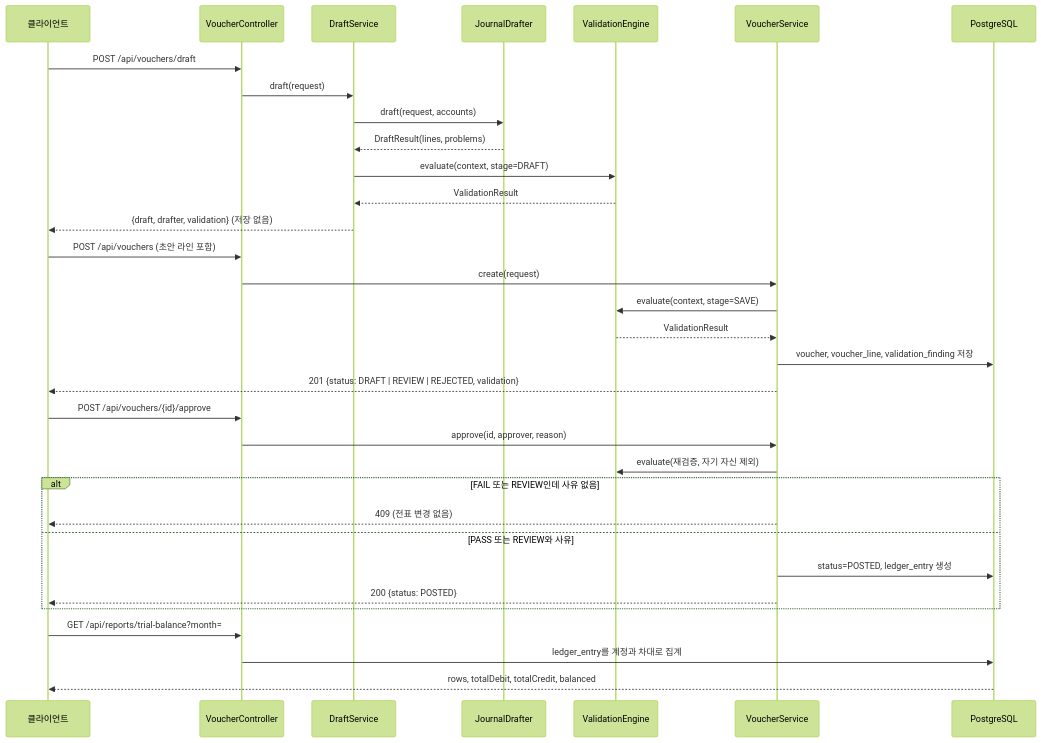
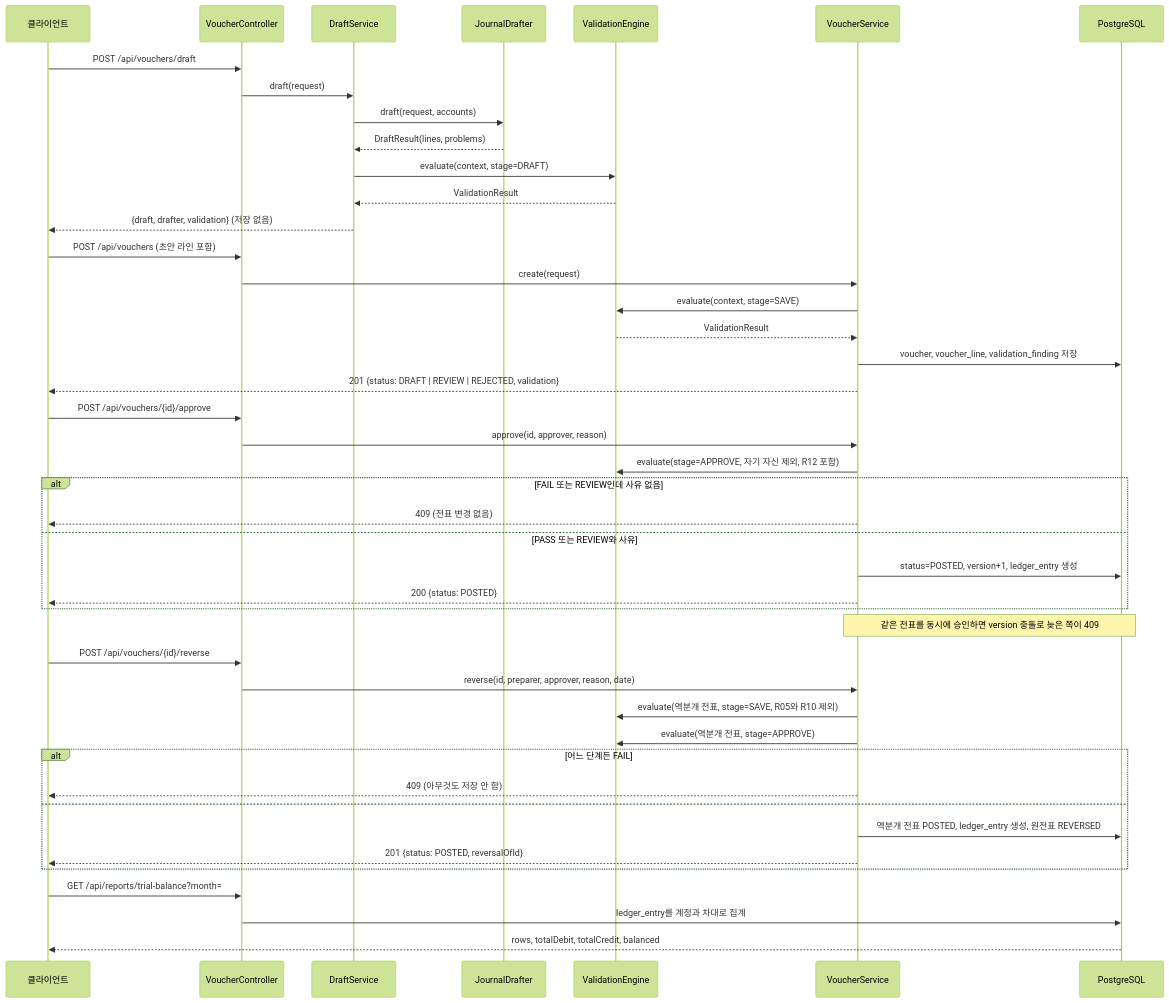
Before and after one commit to aeginventor/ledger-guard: the first of 2 diagrams in docs/architecture.md, drawn with Mermaid (forest theme). The commit also changed other lines of this file and 5 other files, not shown here.

````diff
--- a/docs/architecture.md
+++ b/docs/architecture.md
@@ -20,39 +20,51 @@
 ```mermaid
 sequenceDiagram
     participant C as 클라이언트
     participant VC as VoucherController
     participant DS as DraftService
     participant JD as JournalDrafter
     participant VE as ValidationEngine
     participant VS as VoucherService
     participant DB as PostgreSQL
 
     C->>VC: POST /api/vouchers/draft
     VC->>DS: draft(request)
     DS->>JD: draft(request, accounts)
     JD-->>DS: DraftResult(lines, problems)
     DS->>VE: evaluate(context, stage=DRAFT)
     VE-->>DS: ValidationResult
     DS-->>C: {draft, drafter, validation} (저장 없음)
 
     C->>VC: POST /api/vouchers (초안 라인 포함)
     VC->>VS: create(request)
     VS->>VE: evaluate(context, stage=SAVE)
     VE-->>VS: ValidationResult
     VS->>DB: voucher, voucher_line, validation_finding 저장
     VS-->>C: 201 {status: DRAFT | REVIEW | REJECTED, validation}
 
     C->>VC: POST /api/vouchers/{id}/approve
     VC->>VS: approve(id, approver, reason)
-    VS->>VE: evaluate(재검증, 자기 자신 제외)
+    VS->>VE: evaluate(stage=APPROVE, 자기 자신 제외, R12 포함)
     alt FAIL 또는 REVIEW인데 사유 없음
         VS-->>C: 409 (전표 변경 없음)
     else PASS 또는 REVIEW와 사유
-        VS->>DB: status=POSTED, ledger_entry 생성
+        VS->>DB: status=POSTED, version+1, ledger_entry 생성
         VS-->>C: 200 {status: POSTED}
+    end
+    Note over VS,DB: 같은 전표를 동시에 승인하면 version 충돌로 늦은 쪽이 409
+
+    C->>VC: POST /api/vouchers/{id}/reverse
+    VC->>VS: reverse(id, preparer, approver, reason, date)
+    VS->>VE: evaluate(역분개 전표, stage=SAVE, R05와 R10 제외)
+    VS->>VE: evaluate(역분개 전표, stage=APPROVE)
+    alt 어느 단계든 FAIL
+        VS-->>C: 409 (아무것도 저장 안 함)
+    else
+        VS->>DB: 역분개 전표 POSTED, ledger_entry 생성, 원전표 REVERSED
+        VS-->>C: 201 {status: POSTED, reversalOfId}
     end
 
     C->>VC: GET /api/reports/trial-balance?month=
     VC->>DB: ledger_entry를 계정과 차대로 집계
     DB-->>C: rows, totalDebit, totalCredit, balanced
 ```
````
